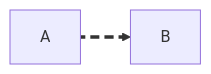
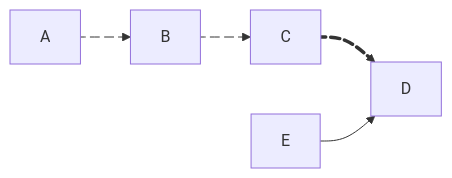
Before and after one commit to wasikarn/atlassian-pm: the eighth of 12 diagrams in skills/shared-references/mermaid-guide.md, drawn with Mermaid. The commit also changed other lines of this file, not shown here.

Commit message:
docs: collapse Edge Animation to 1 consolidated example, trim Known Limitations descriptions

````diff
--- a/skills/shared-references/mermaid-guide.md
+++ b/skills/shared-references/mermaid-guide.md
@@ -240,6 +215,10 @@
 ```mermaid
 flowchart LR
-    A e1@==> B
+    A e1@--> B e2@--> C e3@==> D
+    E --> D
+    e1@{ animate: true }
+    e2@{ animation: fast }
+    e3@{ animation: slow }
     classDef animateEdge stroke-dasharray: 9\,5,stroke-dashoffset: 900,animation: dash 25s linear infinite;
-    class e1 animateEdge
+    class e3 animateEdge
 ```
````
